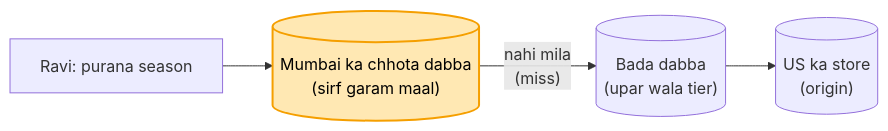
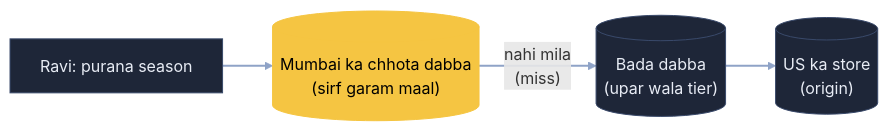
Before and after one commit to ArpanMaheshwari144/Prep: the fourth of 7 diagrams in 04_HLD/SYSTEM_DESIGNS/18_netflix/18_netflix.md, drawn with Mermaid. The commit also changed other lines of this file and 14 other files, not shown here.

Commit message:
HLD: 14 design ke FR/NFR kadmon se milaye (pakke vaade me sach wali shart, chhoote kadam jode); Netflix diagram naye andaaz me

````diff
--- a/04_HLD/SYSTEM_DESIGNS/18_netflix/18_netflix.md
+++ b/04_HLD/SYSTEM_DESIGNS/18_netflix/18_netflix.md
@@ -109,7 +118,10 @@
 ```mermaid
 flowchart LR
     R["Ravi: purana season"] --> M[("Mumbai ka chhota dabba<br/>(sirf garam maal)")]
     M -- "nahi mila<br/>(miss)" --> T[("Bada dabba<br/>(upar wala tier)")]
     T --> S[("US ka store<br/>(origin)")]
-    style M fill:#ffe8b3,stroke:#f59f00,stroke-width:2px,color:#000
+    class M hl
+    classDef default fill:#1e2638,stroke:#3a4a6b,color:#e8ecf5
+    classDef hl fill:#f5c542,stroke:#f5c542,color:#000
+    linkStyle default stroke:#8fa3c7,stroke-width:2px
 ```
````
